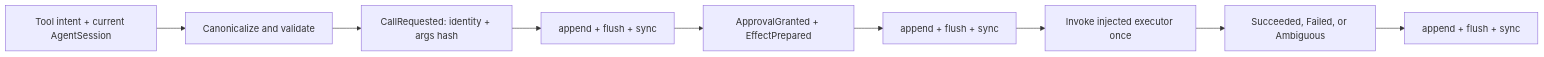
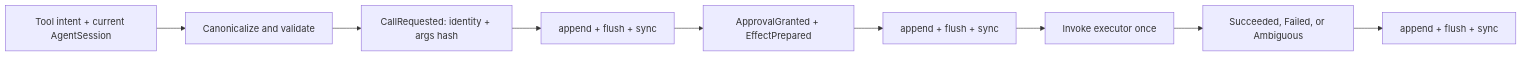
The diagram in docs/tool-runtime.md (ReiSuzunami/greentyper-ci), drawn with Mermaid before and after one commit. The commit also changed other lines of this file and 11 other files, not shown here.

````diff
--- a/docs/tool-runtime.md
+++ b/docs/tool-runtime.md
@@ -40,11 +44,11 @@
 ```mermaid
 flowchart LR
     I["Tool intent + current AgentSession"] --> V["Canonicalize and validate"]
     V --> R["CallRequested: identity + args hash"]
     R --> RS["append + flush + sync"]
     RS --> A["ApprovalGranted + EffectPrepared"]
     A --> AS["append + flush + sync"]
-    AS --> E["Invoke injected executor once"]
+    AS --> E["Invoke executor once"]
     E --> O["Succeeded, Failed, or Ambiguous"]
     O --> OS["append + flush + sync"]
 ```
````
